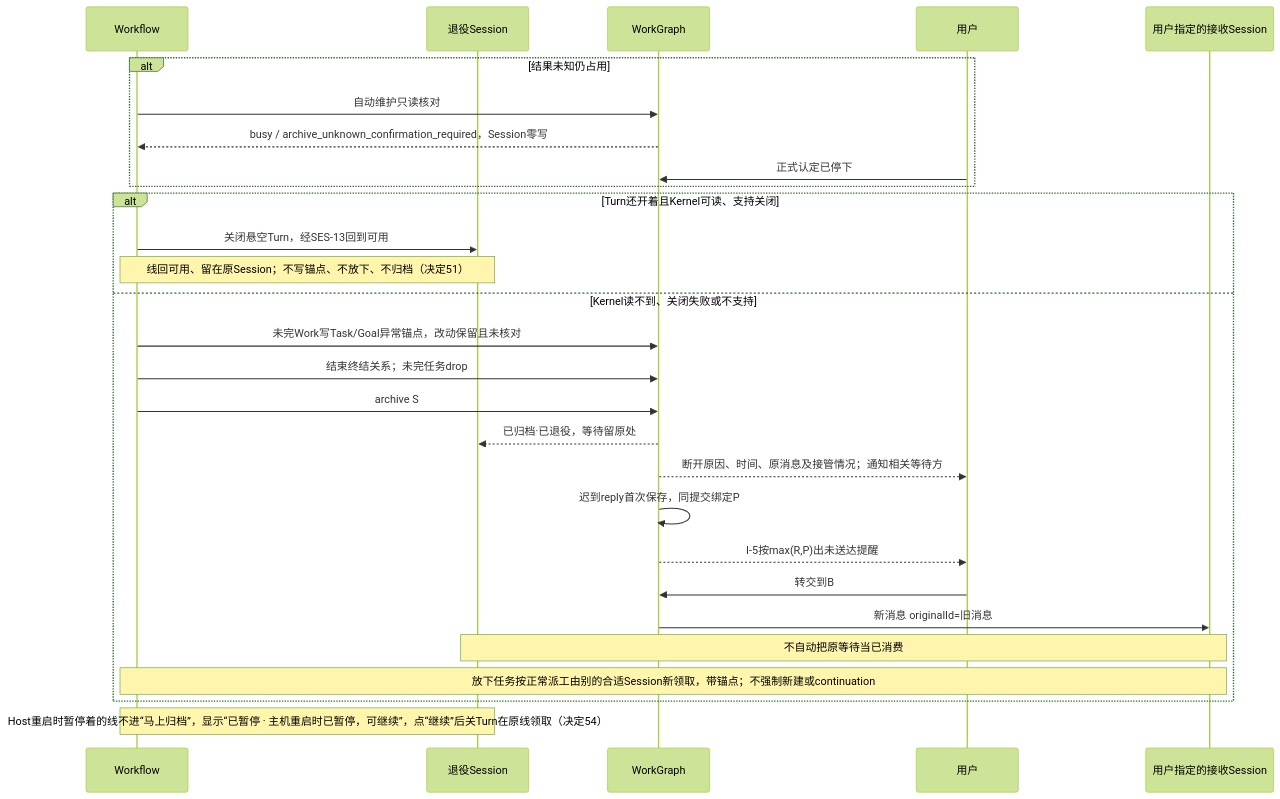
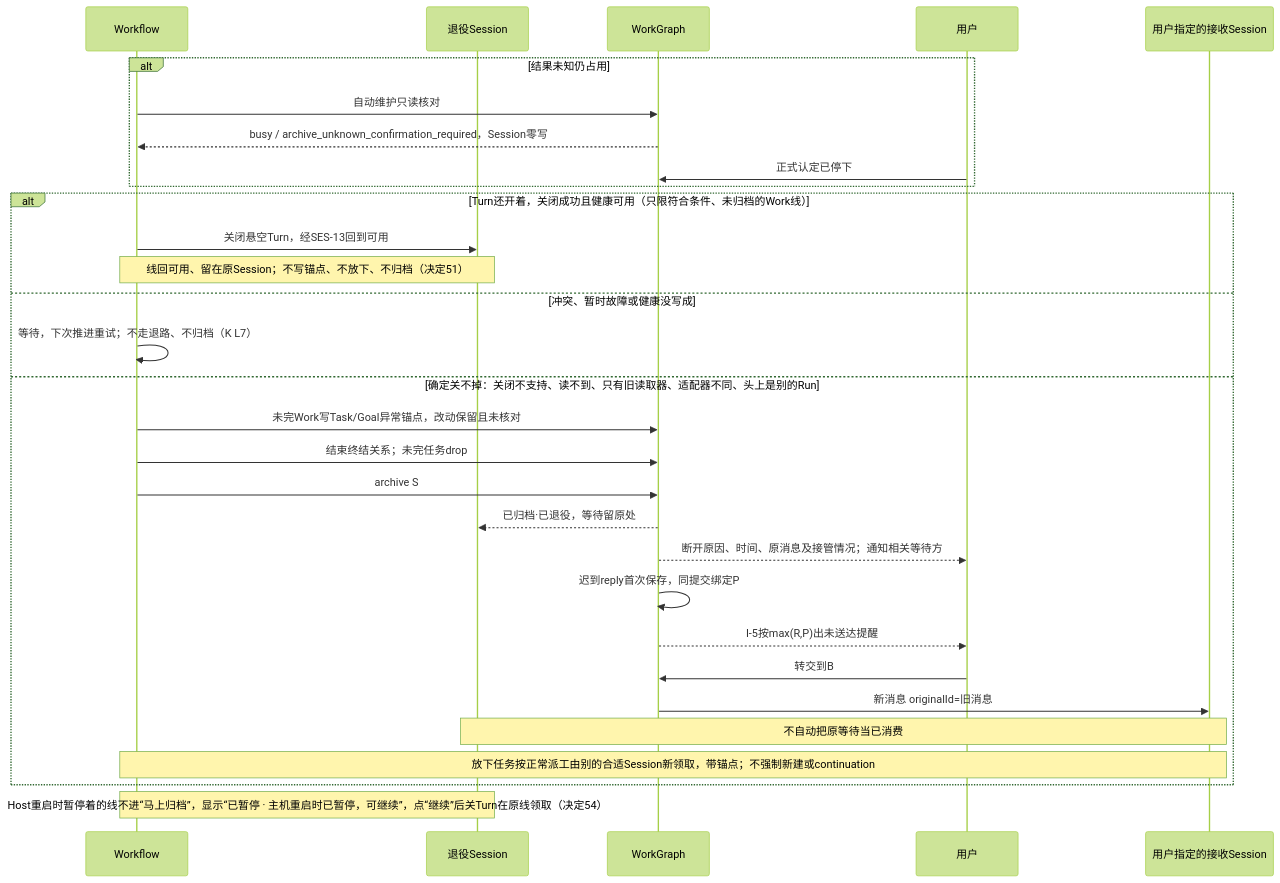
Diagram 15 of 24 in docs/refactor/design/orchestration-2026-10/model/DIAGRAMS.md (hk865/coding-platform), drawn with Mermaid (forest theme) before and after one commit. The commit also changed other lines of this file and 7 other files, not shown here.

````diff
--- a/docs/refactor/design/orchestration-2026-10/model/DIAGRAMS.md
+++ b/docs/refactor/design/orchestration-2026-10/model/DIAGRAMS.md
@@ -541,30 +542,32 @@
 ```mermaid
 sequenceDiagram
   participant W as Workflow
   participant S as 退役Session
   participant G as WorkGraph
   participant U as 用户
   participant B as 用户指定的接收Session
   alt 结果未知仍占用
     W->>G: 自动维护只读核对
     G-->>W: busy / archive_unknown_confirmation_required，Session零写
     U->>G: 正式认定已停下
   end
-  alt Turn还开着且Kernel可读、支持关闭
+  alt Turn还开着，关闭成功且健康可用（只限符合条件、未归档的Work线）
     W->>S: 关闭悬空Turn，经SES-13回到可用
     Note over W,S: 线回可用、留在原Session；不写锚点、不放下、不归档（决定51）
-  else Kernel读不到、关闭失败或不支持
+  else 冲突、暂时故障或健康没写成
+    W->>W: 等待，下次推进重试；不走退路、不归档（K L7）
+  else 确定关不掉：关闭不支持、读不到、只有旧读取器、适配器不同、头上是别的Run
     W->>G: 未完Work写Task/Goal异常锚点，改动保留且未核对
     W->>G: 结束终结关系；未完任务drop
     W->>G: archive S
     G-->>S: 已归档·已退役，等待留原处
     G-->>U: 断开原因、时间、原消息及接管情况；通知相关等待方
     G->>G: 迟到reply首次保存，同提交绑定P
     G-->>U: I-5按max(R,P)出未送达提醒
     U->>G: 转交到B
     G->>B: 新消息 originalId=旧消息
     Note over S,B: 不自动把原等待当已消费
     Note over W,B: 放下任务按正常派工由别的合适Session新领取，带锚点；不强制新建或continuation
   end
   Note over W,S: Host重启时暂停着的线不进“马上归档”，显示“已暂停 · 主机重启时已暂停，可继续”，点“继续”后关Turn在原线领取（决定54）
 ```
````
